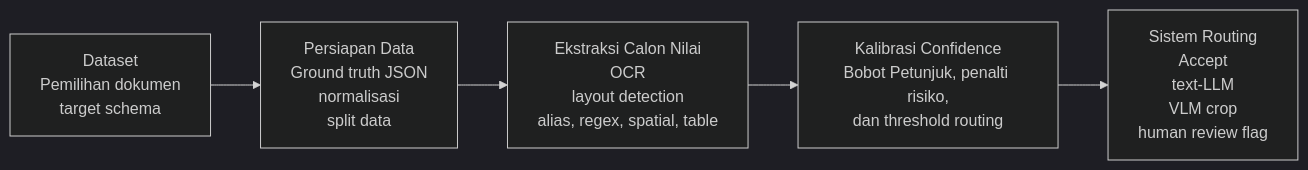
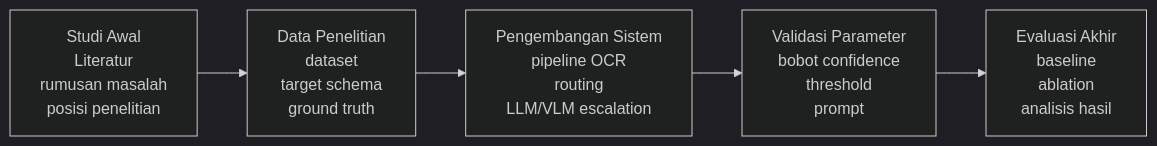
One commit to kennceha-dev/thesis-s2 changed the second of 2 diagrams in metodologi_field_aware_confidence_routing.md. Above: the diagram before and after it, drawn with Mermaid (dark theme). The commit also changed other lines of this file, not shown here.

````diff
--- a/metodologi_field_aware_confidence_routing.md
+++ b/metodologi_field_aware_confidence_routing.md
@@ -26,7 +36,7 @@
 ```mermaid
 flowchart LR
-    A["Dataset<br/>Pemilihan dokumen<br/>target schema"] --> B["Persiapan Data<br/>Ground truth JSON<br/>normalisasi<br/>split data"]
-    B --> C["Ekstraksi Calon Nilai<br/>OCR<br/>layout detection<br/>alias, regex, spatial, table"]
-    C --> D["Kalibrasi Confidence<br/>Bobot Petunjuk, penalti risiko,<br/>dan threshold routing"]
-    D --> E["Sistem Routing<br/>Accept<br/>text-LLM<br/>VLM crop<br/>human review flag"]
+    A["Studi Awal<br/>Literatur<br/>rumusan masalah<br/>posisi penelitian"] --> B["Data Penelitian<br/>dataset<br/>target schema<br/>ground truth"]
+    B --> C["Pengembangan Sistem<br/>pipeline OCR<br/>routing<br/>LLM/VLM escalation"]
+    C --> D["Validasi Parameter<br/>bobot confidence<br/>threshold<br/>prompt"]
+    D --> E["Evaluasi Akhir<br/>baseline<br/>ablation<br/>analisis hasil"]
 ```
````
